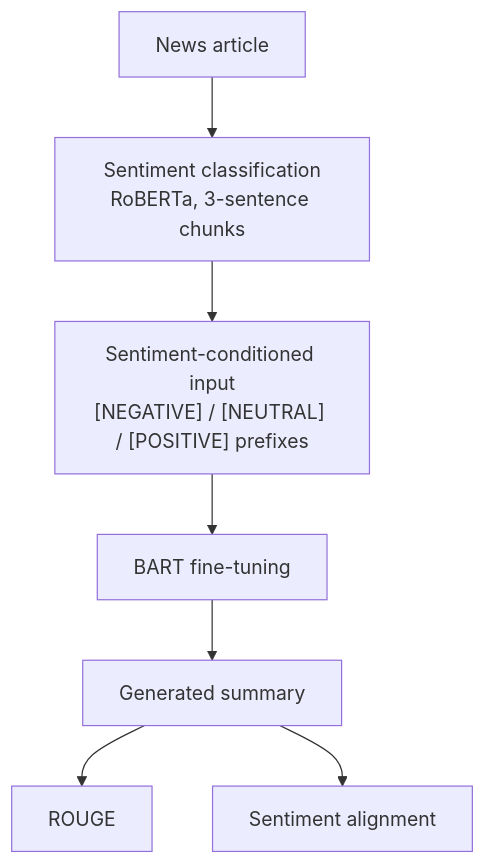
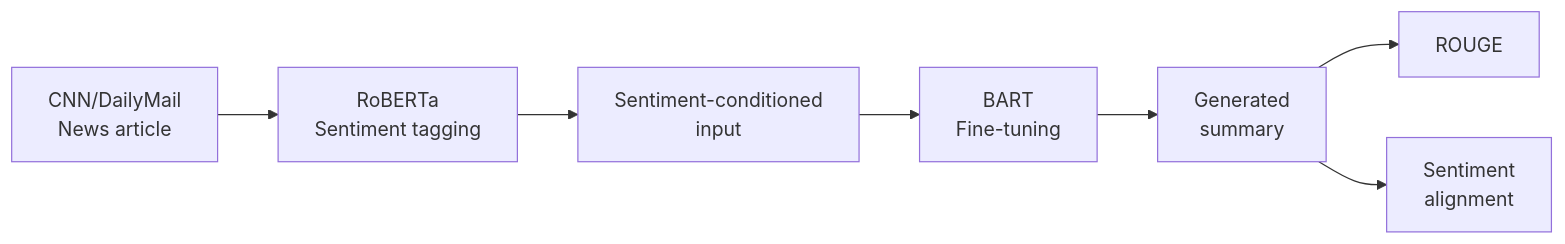
Before and after one commit to lorenzomontin/Quick-summary: the diagram in README.md, drawn with Mermaid. The commit also changed other lines of this file, not shown here.

Commit message:
readme fix

````diff
--- a/README.md
+++ b/README.md
@@ -23,9 +23,18 @@
 ```mermaid
-flowchart TD
-    A[News article] --> B[Sentiment classification<br/>RoBERTa, 3-sentence chunks]
-    B --> C["Sentiment-conditioned input<br/>[NEGATIVE] / [NEUTRAL] / [POSITIVE] prefixes"]
-    C --> D[BART fine-tuning]
-    D --> E[Generated summary]
-    E --> F[ROUGE]
-    E --> G[Sentiment alignment]
+flowchart LR
+    A["CNN/DailyMail<br/>News article"]
+    B["RoBERTa<br/>Sentiment tagging"]
+    C["Sentiment-conditioned<br/>input"]
+    D["BART<br/>Fine-tuning"]
+    E["Generated<br/>summary"]
+
+    F["ROUGE"]
+    G["Sentiment<br/>alignment"]
+
+    A --> B
+    B --> C
+    C --> D
+    D --> E
+    E --> F
+    E --> G
 ```
````
